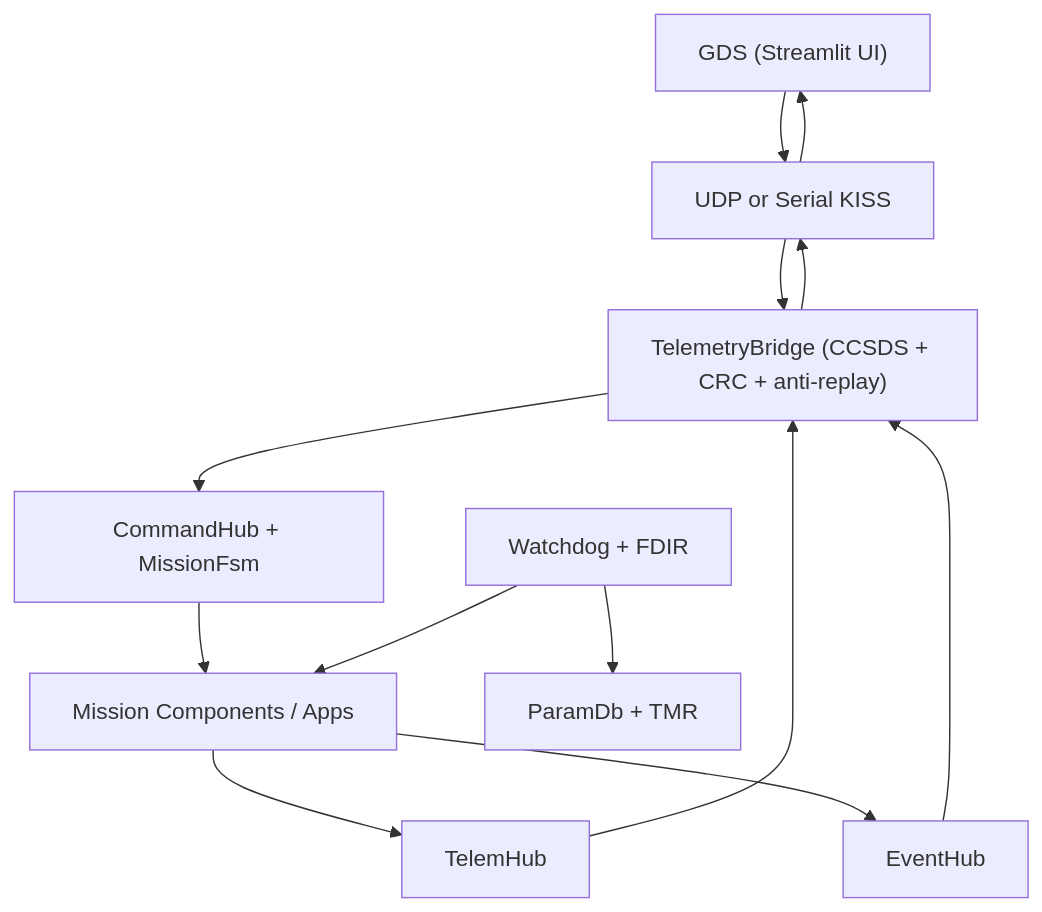
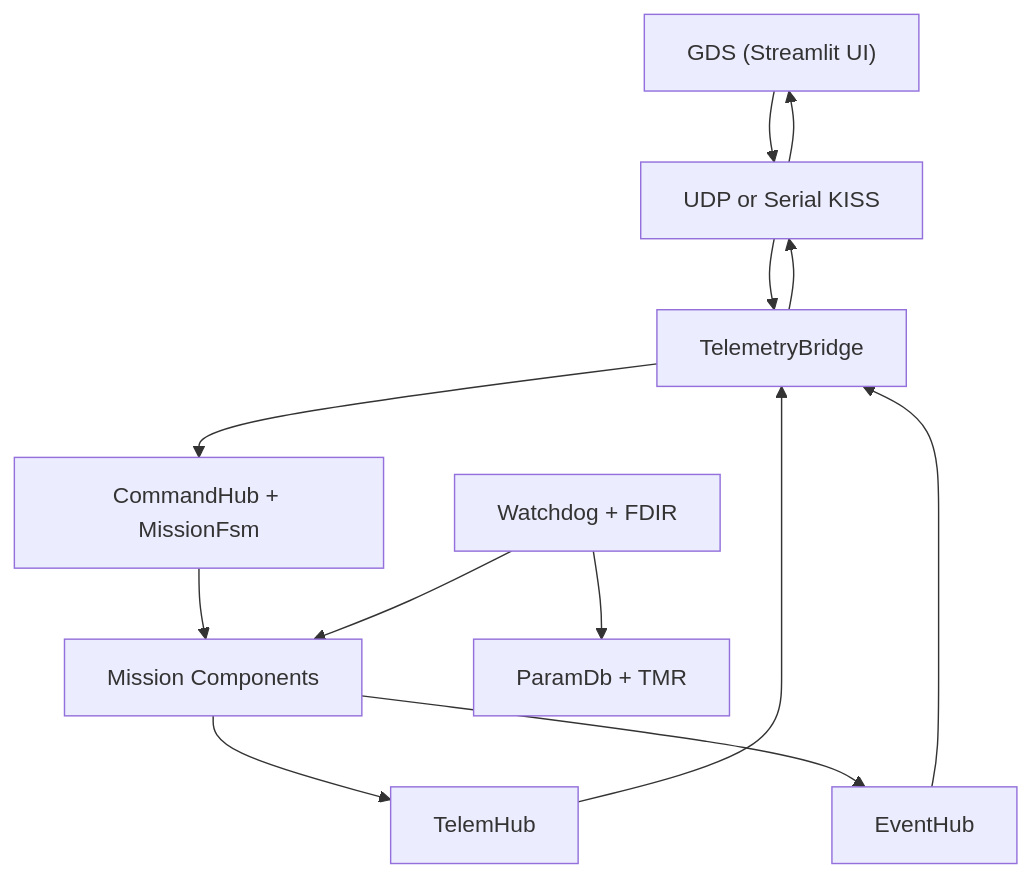
Before and after one commit to Albertcorn92/Delta-V: the first of 2 diagrams in docs/ARCHITECTURE.md, drawn with Mermaid. The commit also changed other lines of this file and 20 other files, not shown here.

````diff
--- a/docs/ARCHITECTURE.md
+++ b/docs/ARCHITECTURE.md
@@ -17,20 +19,20 @@
 ```mermaid
 flowchart TB
     GDS["GDS (Streamlit UI)"]
     LINK["UDP or Serial KISS"]
-    BR["TelemetryBridge (CCSDS + CRC + anti-replay)"]
+    BR["TelemetryBridge"]
     CMD["CommandHub + MissionFsm"]
-    APPS["Mission Components / Apps"]
+    APPS["Mission Components"]
     TH["TelemHub"]
     EH["EventHub"]
     WD["Watchdog + FDIR"]
     PDB["ParamDb + TMR"]
 
     GDS --> LINK --> BR
     BR --> CMD --> APPS
     APPS --> TH --> BR
     APPS --> EH --> BR
     WD --> APPS
     WD --> PDB
     BR --> LINK --> GDS
 ```
````
